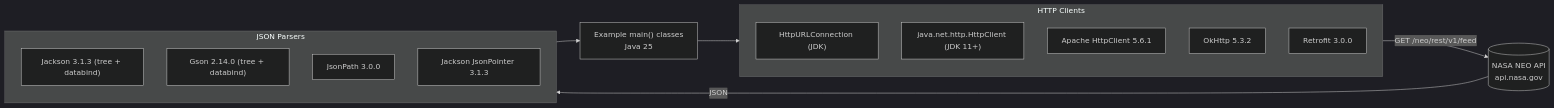
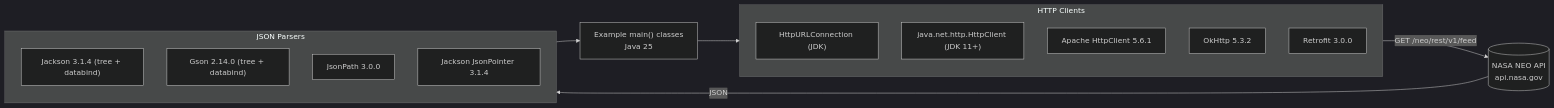
The diagram in README.md (AndriyKalashnykov/maven-simple), drawn with Mermaid (dark theme) before and after one commit. The commit also changed other lines of this file and 6 other files, not shown here.

````diff
--- a/README.md
+++ b/README.md
@@ -10,27 +10,27 @@
 ```mermaid
 flowchart LR
     App["Example main() classes<br/>Java 25"]
     NEO[("NASA NEO API<br/>api.nasa.gov")]
 
     subgraph HTTPC["HTTP Clients"]
         direction TB
         HC1["HttpURLConnection (JDK)"]
         HC2["java.net.http.HttpClient (JDK 11+)"]
         HC3["Apache HttpClient 5.6.1"]
         HC4["OkHttp 5.3.2"]
         HC5["Retrofit 3.0.0"]
     end
 
     subgraph JSONP["JSON Parsers"]
         direction TB
-        JP1["Jackson 3.1.3 (tree + databind)"]
+        JP1["Jackson 3.1.4 (tree + databind)"]
         JP2["Gson 2.14.0 (tree + databind)"]
         JP3["JsonPath 3.0.0"]
-        JP4["Jackson JsonPointer 3.1.3"]
+        JP4["Jackson JsonPointer 3.1.4"]
     end
 
     App --> HTTPC
     HTTPC -->|"GET /neo/rest/v1/feed"| NEO
     NEO -->|"JSON"| JSONP
     JSONP --> App
 ```
````
